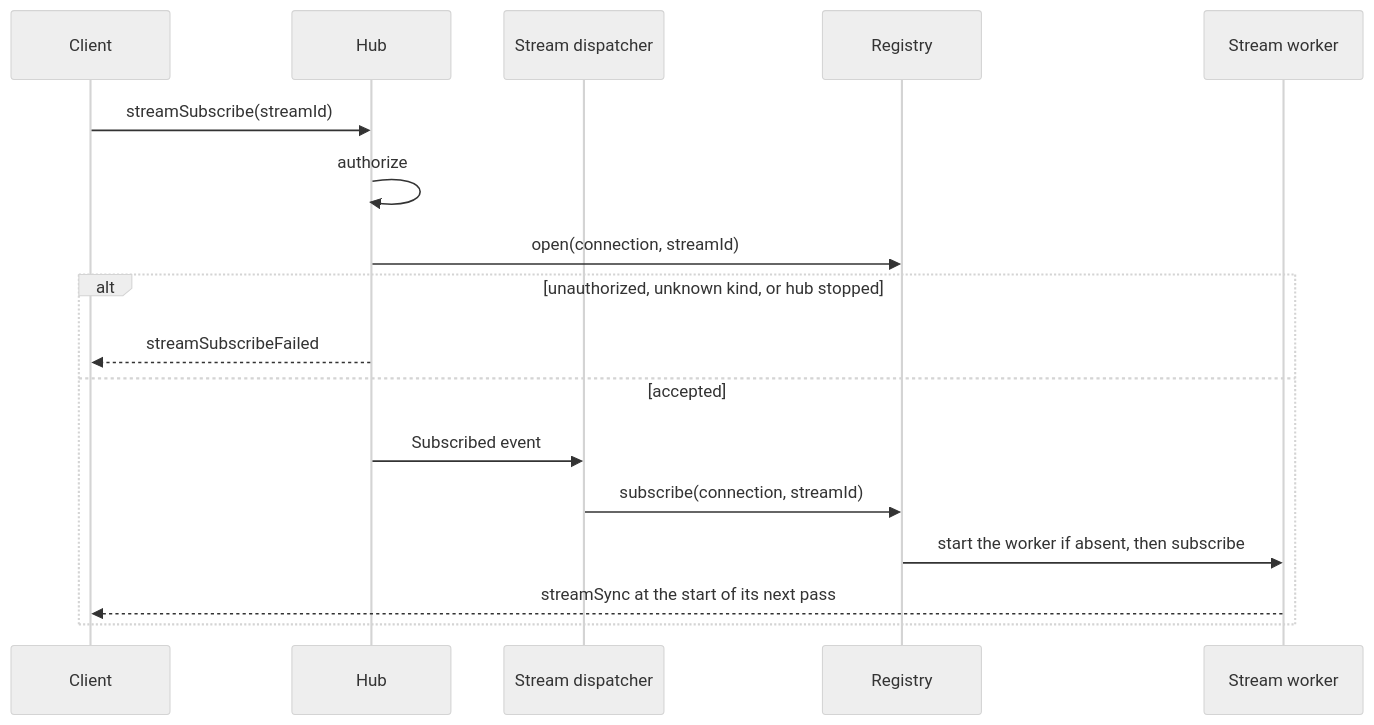
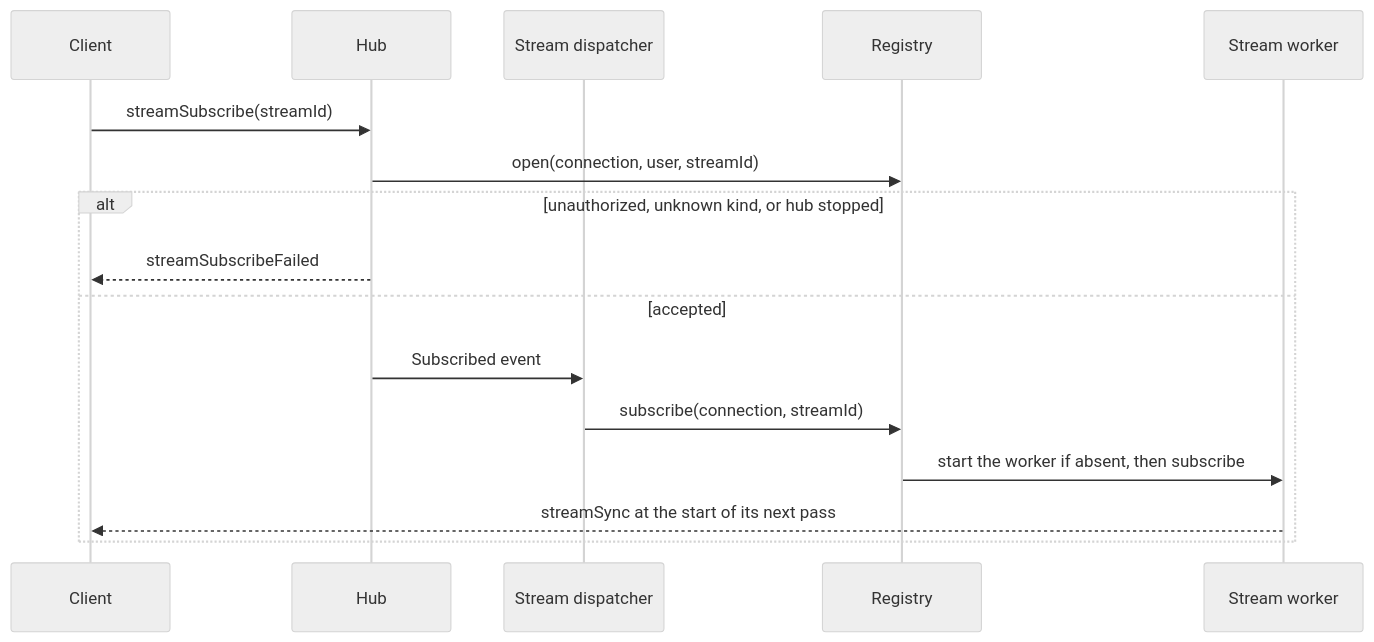
The third of 8 diagrams in docs/services/builder/command-stream.md (gzp79/shine-services), drawn with Mermaid (neutral theme) before and after one commit. The commit also changed other lines of this file and 30 other files, not shown here.

````diff
--- a/docs/services/builder/command-stream.md
+++ b/docs/services/builder/command-stream.md
@@ -95,20 +110,19 @@
 ```mermaid
 sequenceDiagram
     participant C as Client
     participant H as Hub
     participant D as Stream dispatcher
     participant R as Registry
     participant W as Stream worker
 
     C->>H: streamSubscribe(streamId)
-    H->>H: authorize
-    H->>R: open(connection, streamId)
+    H->>R: open(connection, user, streamId)
     alt unauthorized, unknown kind, or hub stopped
         H-->>C: streamSubscribeFailed
     else accepted
         H->>D: Subscribed event
         D->>R: subscribe(connection, streamId)
         R->>W: start the worker if absent, then subscribe
         W-->>C: streamSync at the start of its next pass
     end
 ```
````
